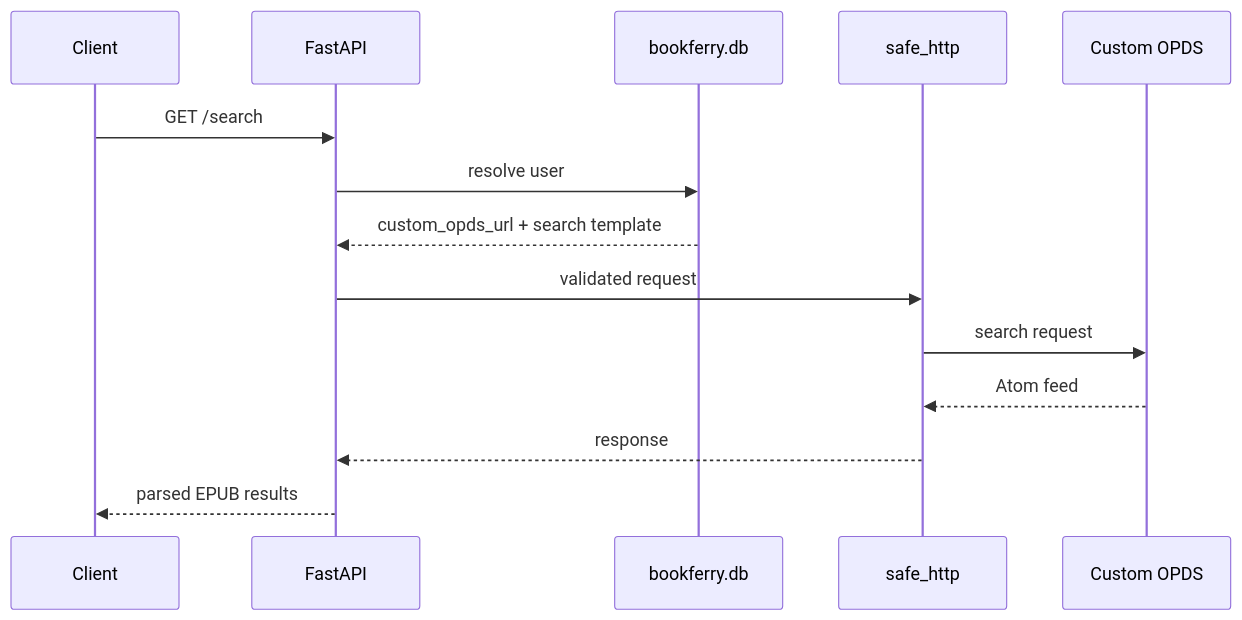
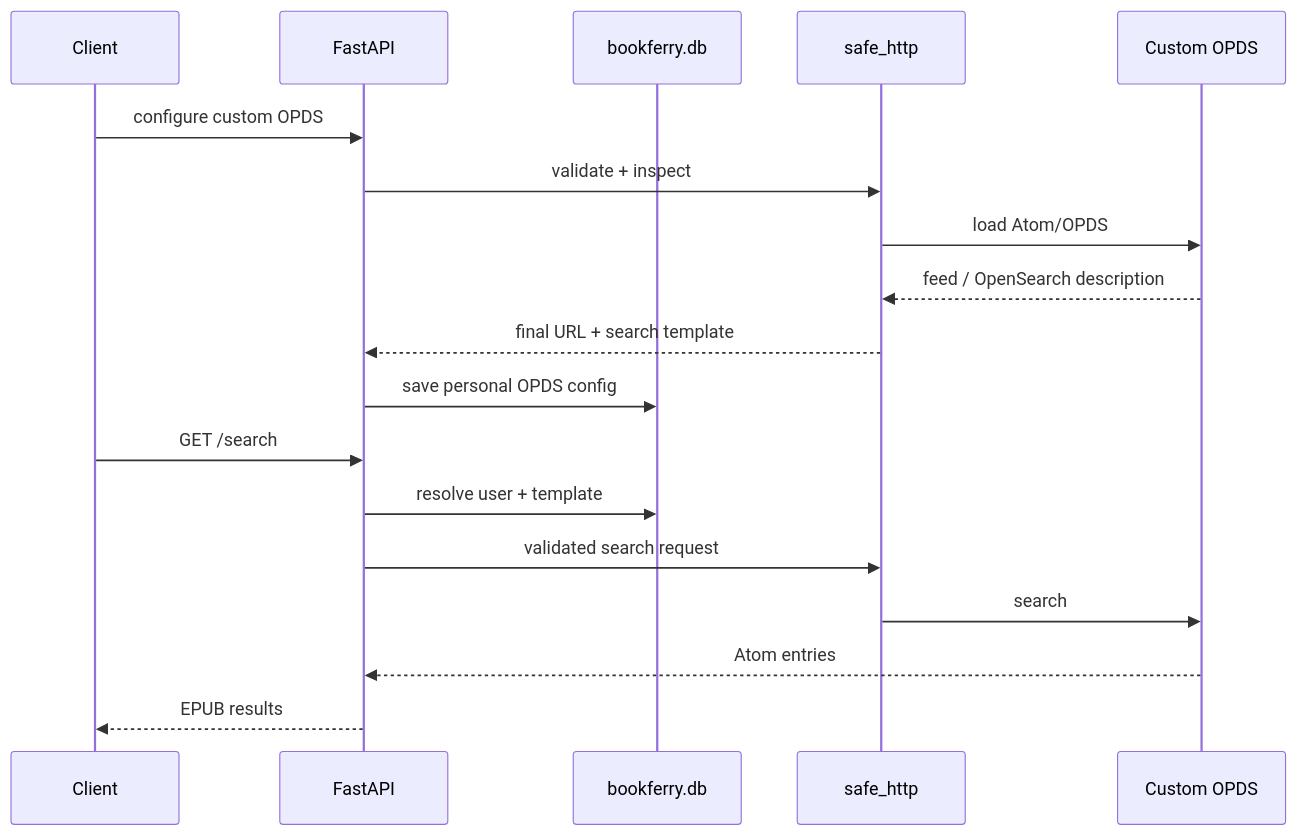
One commit to TerentievKirill/BookFerry changed the third of 5 diagrams in ARCHITECTURE.md. Above: the diagram before and after it, drawn with Mermaid. The commit also changed other lines of this file and 4 other files, not shown here.

````diff
--- a/ARCHITECTURE.md
+++ b/ARCHITECTURE.md
@@ -271,17 +293,22 @@
 ```mermaid
 sequenceDiagram
     participant C as Client
     participant API as FastAPI
     participant U as bookferry.db
     participant S as safe_http
     participant O as Custom OPDS
 
+    C->>API: configure custom OPDS
+    API->>S: validate + inspect
+    S->>O: load Atom/OPDS
+    O-->>S: feed / OpenSearch description
+    S-->>API: final URL + search template
+    API->>U: save personal OPDS config
+
     C->>API: GET /search
-    API->>U: resolve user
-    U-->>API: custom_opds_url + search template
-    API->>S: validated request
-    S->>O: search request
-    O-->>S: Atom feed
-    S-->>API: response
-    API-->>C: parsed EPUB results
+    API->>U: resolve user + template
+    API->>S: validated search request
+    S->>O: search
+    O-->>API: Atom entries
+    API-->>C: EPUB results
 ```
````
